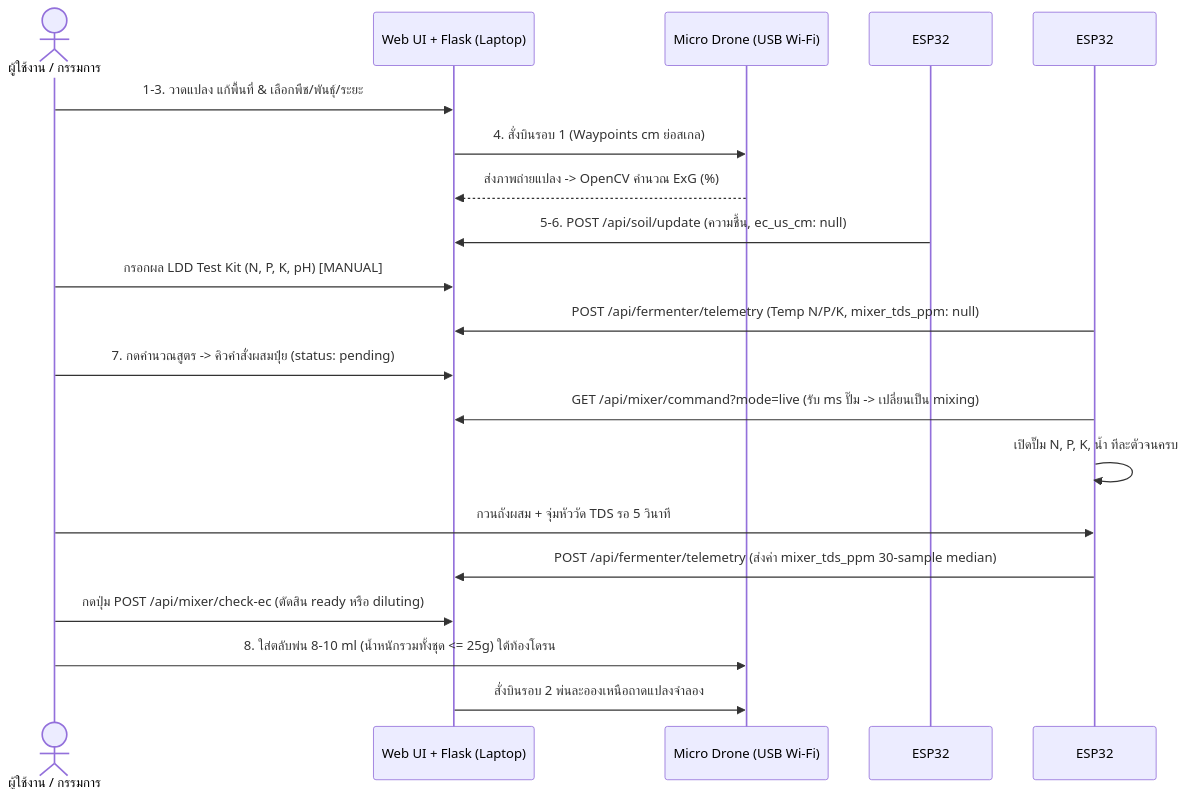
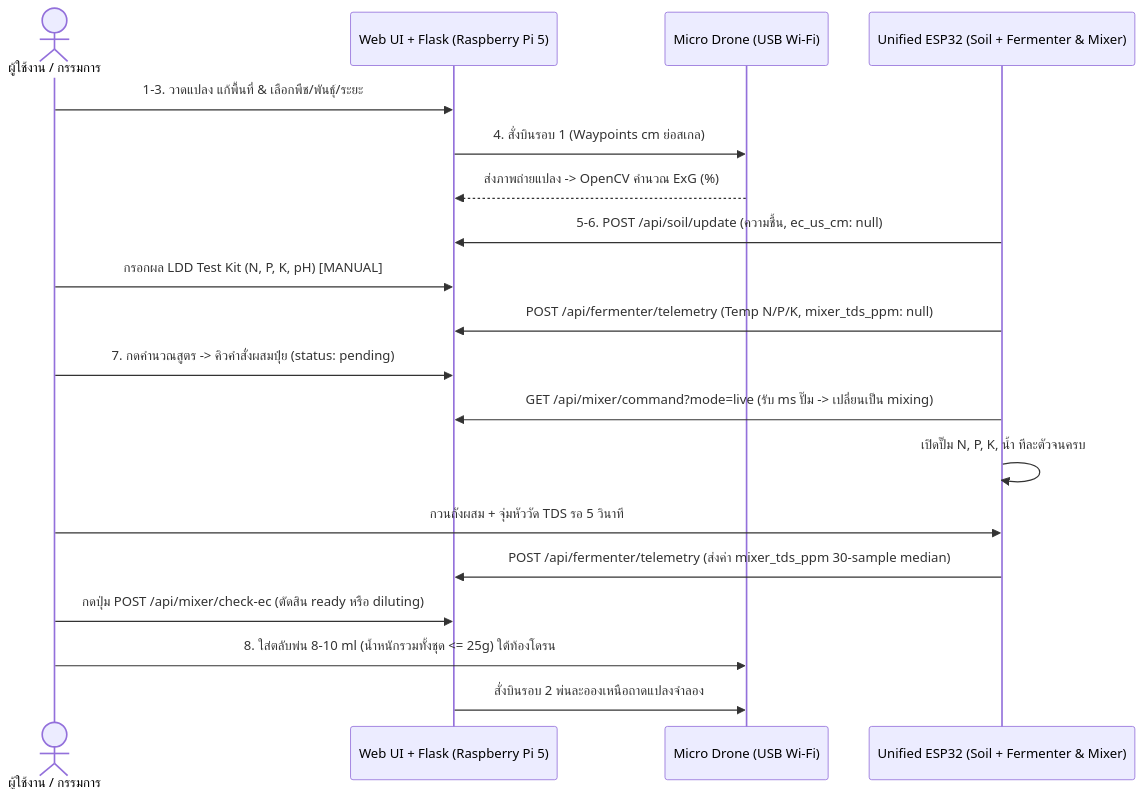
Before and after one commit to Thanawanit/I-NEW-GEN: the diagram in Info/01_SYSTEM_OVERVIEW_AND_WORKFLOW.md, drawn with Mermaid. The commit also changed other lines of this file and 7 other files, not shown here.

Commit message:
docs(v1.5): switch architecture to 1 Raspberry Pi 5 + 1 unified ESP32

````diff
--- a/Info/01_SYSTEM_OVERVIEW_AND_WORKFLOW.md
+++ b/Info/01_SYSTEM_OVERVIEW_AND_WORKFLOW.md
@@ -103,23 +104,22 @@
 ```mermaid
 sequenceDiagram
     actor User as ผู้ใช้งาน / กรรมการ
-    participant Web as Web UI + Flask (Laptop)
+    participant Web as Web UI + Flask (Raspberry Pi 5)
     participant Drone as Micro Drone (USB Wi-Fi)
-    participant ESP1 as ESP32 #1 (Soil Node)
-    participant ESP2 as ESP32 #2 (Fermenter & Mixer)
+    participant ESP as Unified ESP32 (Soil + Fermenter & Mixer)
 
     User->>Web: 1-3. วาดแปลง แก้พื้นที่ & เลือกพืช/พันธุ์/ระยะ
     Web->>Drone: 4. สั่งบินรอบ 1 (Waypoints cm ย่อสเกล)
     Drone-->>Web: ส่งภาพถ่ายแปลง -> OpenCV คำนวณ ExG (%)
-    ESP1->>Web: 5-6. POST /api/soil/update (ความชื้น, ec_us_cm: null)
+    ESP->>Web: 5-6. POST /api/soil/update (ความชื้น, ec_us_cm: null)
     User->>Web: กรอกผล LDD Test Kit (N, P, K, pH) [MANUAL]
-    ESP2->>Web: POST /api/fermenter/telemetry (Temp N/P/K, mixer_tds_ppm: null)
+    ESP->>Web: POST /api/fermenter/telemetry (Temp N/P/K, mixer_tds_ppm: null)
     User->>Web: 7. กดคำนวณสูตร -> คิวคำสั่งผสมปุ๋ย (status: pending)
-    ESP2->>Web: GET /api/mixer/command?mode=live (รับ ms ปั๊ม -> เปลี่ยนเป็น mixing)
-    ESP2->>ESP2: เปิดปั๊ม N, P, K, น้ำ ทีละตัวจนครบ
-    User->>ESP2: กวนถังผสม + จุ่มหัววัด TDS รอ 5 วินาที
-    ESP2->>Web: POST /api/fermenter/telemetry (ส่งค่า mixer_tds_ppm 30-sample median)
+    ESP->>Web: GET /api/mixer/command?mode=live (รับ ms ปั๊ม -> เปลี่ยนเป็น mixing)
+    ESP->>ESP: เปิดปั๊ม N, P, K, น้ำ ทีละตัวจนครบ
+    User->>ESP: กวนถังผสม + จุ่มหัววัด TDS รอ 5 วินาที
+    ESP->>Web: POST /api/fermenter/telemetry (ส่งค่า mixer_tds_ppm 30-sample median)
     User->>Web: กดปุ่ม POST /api/mixer/check-ec (ตัดสิน ready หรือ diluting)
     User->>Drone: 8. ใส่ตลับพ่น 8-10 ml (น้ำหนักรวมทั้งชุด <= 25g) ใต้ท้องโดรน
     Web->>Drone: สั่งบินรอบ 2 พ่นละอองเหนือถาดแปลงจำลอง
 ```
````
